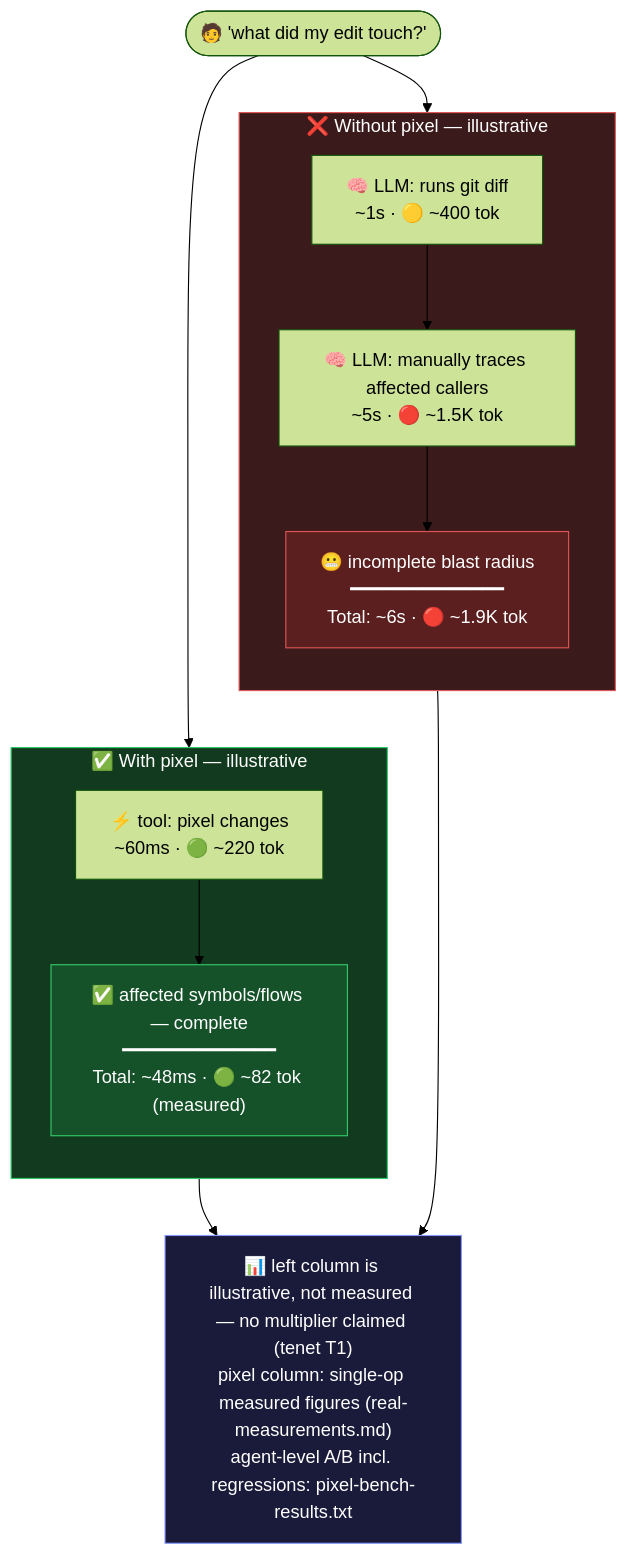
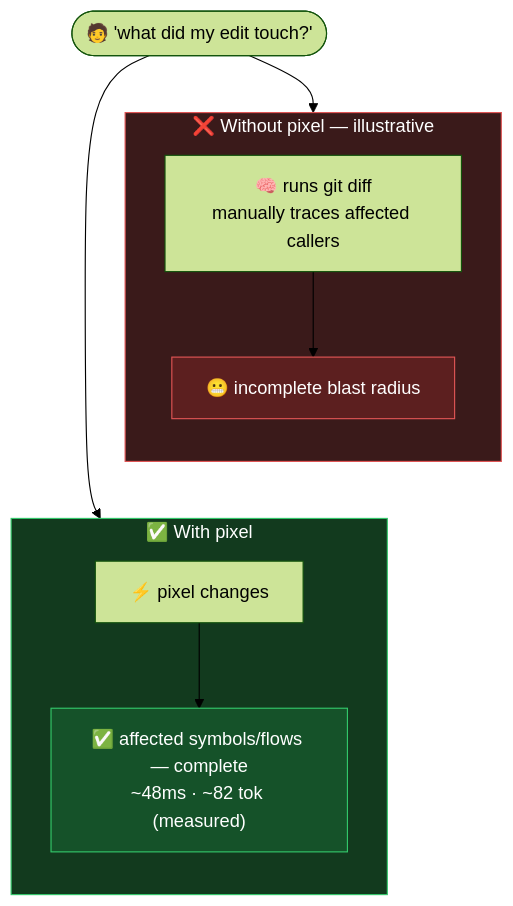
Before and after one commit to Pixel-CLI/pixel: the diagram in docs/examples/08-changes-precommit.mmd, drawn with Mermaid (forest theme). The commit also changed 21 other files, not shown here.

Commit message:
docs: condense README, add origin story, refresh diagrams

```diff
--- a/docs/examples/08-changes-precommit.mmd
+++ b/docs/examples/08-changes-precommit.mmd
@@ -1,29 +1,21 @@
 flowchart TD
     Ask(["🧑 'what did my edit touch?'"])
     Ask --> w1
     Ask --> p1
     w1 ~~~ p1
 
     subgraph W ["❌ Without pixel — illustrative"]
         direction TB
-        w1["🧠 LLM: runs git diff<br/>~1s · 🟡 ~400 tok"] --> w2
-        w2["🧠 LLM: manually traces affected callers<br/>~5s · 🔴 ~1.5K tok"]
-        w2 --> w5["😬 incomplete blast radius<br/>━━━━━━━━━━━━━━<br/>Total: ~6s · 🔴 ~1.9K tok"]
+        w1["🧠 runs git diff<br/>manually traces affected callers"] --> w5["😬 incomplete blast radius"]
     end
 
-    subgraph P ["✅ With pixel — illustrative"]
+    subgraph P ["✅ With pixel"]
         direction TB
-        p1["⚡ tool: pixel changes<br/>~60ms · 🟢 ~220 tok"]
-        p1 --> p3["✅ affected symbols/flows — complete<br/>━━━━━━━━━━━━━━<br/>Total: ~48ms · 🟢 ~82 tok (measured)"]
+        p1["⚡ pixel changes"] --> p3["✅ affected symbols/flows — complete<br/>~48ms · ~82 tok (measured)"]
     end
-
-    w5 --> Recap
-    p3 --> Recap
-    Recap["📊 left column is illustrative, not measured — no multiplier claimed (tenet T1)<br/>pixel column: single-op measured figures (real-measurements.md)<br/>agent-level A/B incl. regressions: pixel-bench-results.txt"]
 
     style W fill:#3a1a1a,stroke:#e05555,color:#fff
     style P fill:#123a1e,stroke:#33c76a,color:#fff
     style w5 fill:#5c1f1f,stroke:#e05555,color:#fff
     style p3 fill:#155229,stroke:#33c76a,color:#fff
-    style Recap fill:#1a1a3a,stroke:#8899ff,color:#fff
     linkStyle 2 stroke-width:0px
```
